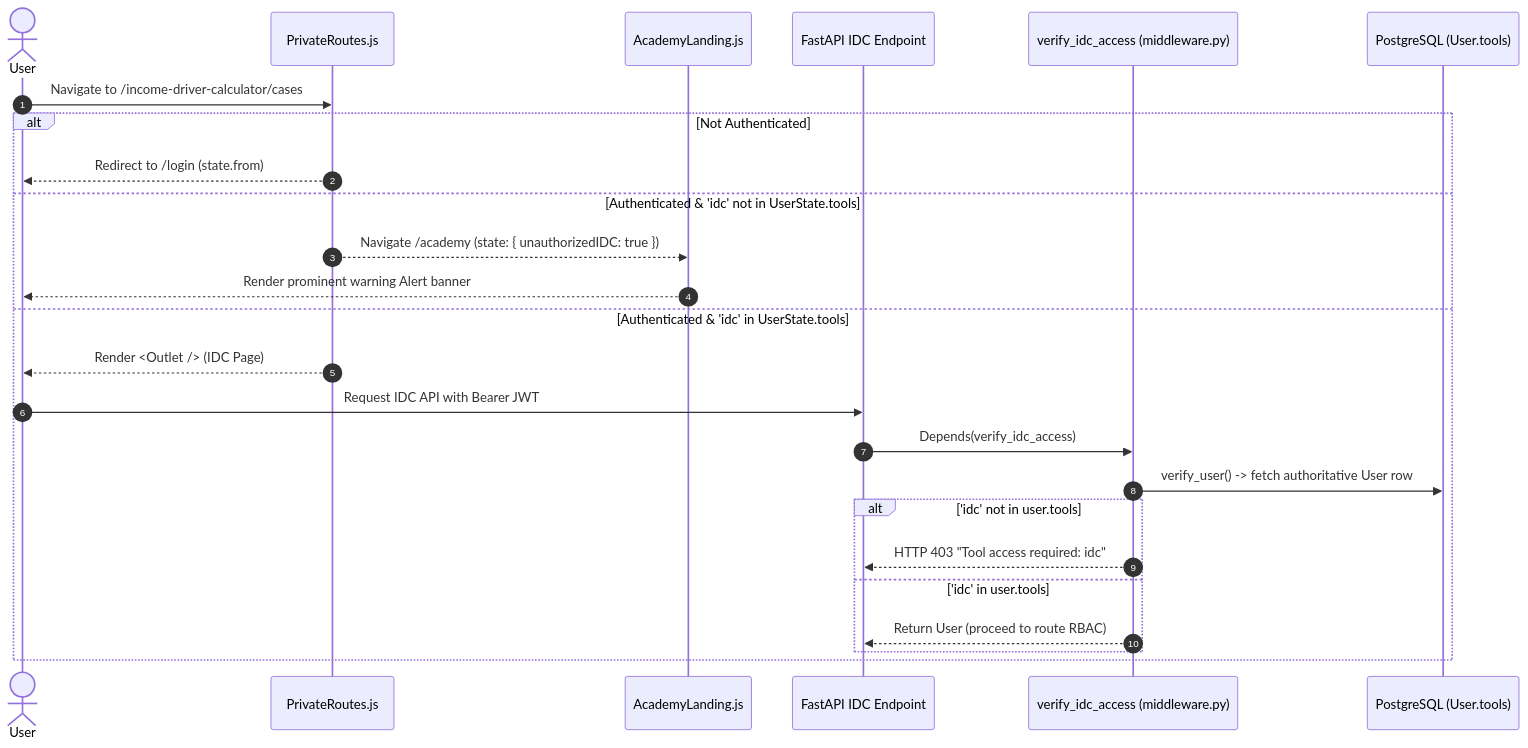
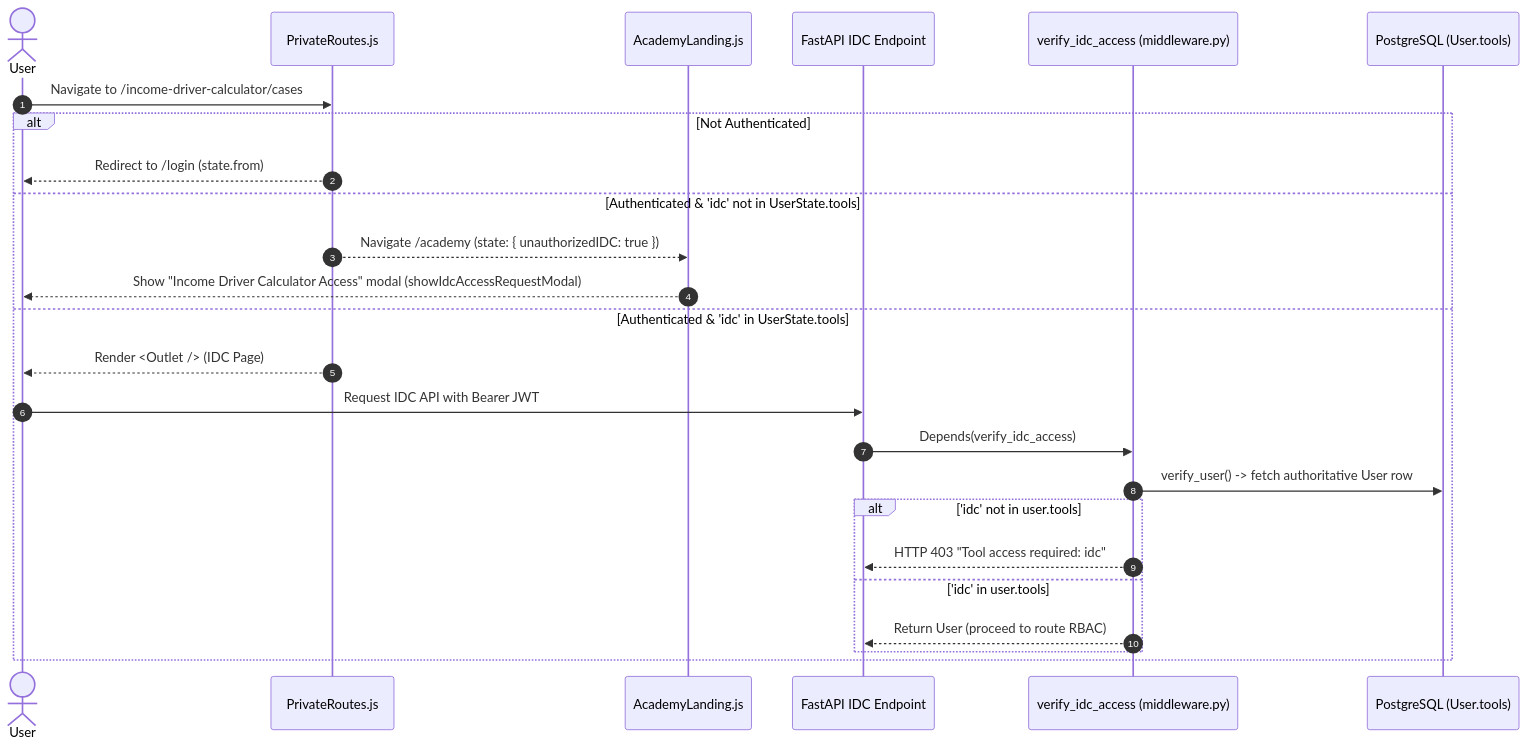
The diagram in docs/features/005_tool_level_route_guarding_spec.md (akvo/IDH-IDC), drawn with Mermaid before and after one commit. The commit also changed other lines of this file, not shown here.

Commit message:
[#868] docs(spec): align route guarding spec with modal and regression suite

````diff
--- a/docs/features/005_tool_level_route_guarding_spec.md
+++ b/docs/features/005_tool_level_route_guarding_spec.md
@@ -31,28 +31,28 @@
 ```mermaid
 sequenceDiagram
     autonumber
     actor User
     participant Router as PrivateRoutes.js
     participant Academy as AcademyLanding.js
     participant API as FastAPI IDC Endpoint
     participant Guard as verify_idc_access (middleware.py)
     participant DB as PostgreSQL (User.tools)
 
     User->>Router: Navigate to /income-driver-calculator/cases
     alt Not Authenticated
         Router-->>User: Redirect to /login (state.from)
     else Authenticated & 'idc' not in UserState.tools
         Router-->>Academy: Navigate /academy (state: { unauthorizedIDC: true })
-        Academy-->>User: Render prominent warning Alert banner
+        Academy-->>User: Show "Income Driver Calculator Access" modal (showIdcAccessRequestModal)
     else Authenticated & 'idc' in UserState.tools
         Router-->>User: Render <Outlet /> (IDC Page)
         User->>API: Request IDC API with Bearer JWT
         API->>Guard: Depends(verify_idc_access)
         Guard->>DB: verify_user() -> fetch authoritative User row
         alt 'idc' not in user.tools
             Guard-->>API: HTTP 403 "Tool access required: idc"
         else 'idc' in user.tools
             Guard-->>API: Return User (proceed to route RBAC)
         end
     end
 ```
````
